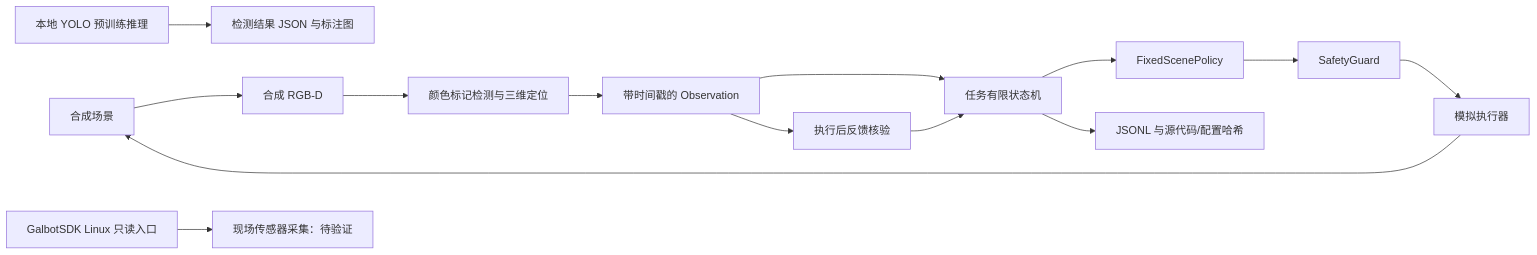
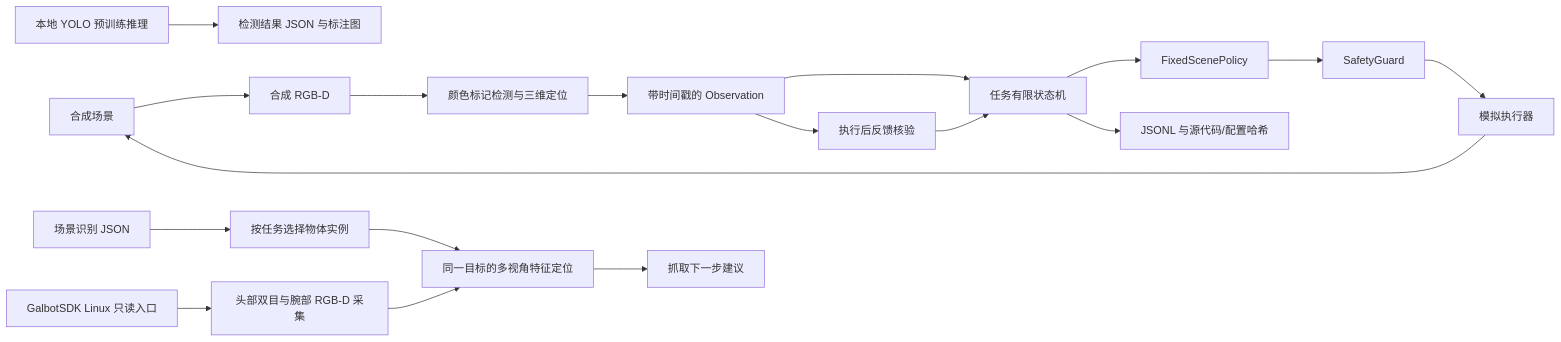
One commit to natsukou/penguin_kitchen changed the diagram in docs/architecture.md. Above: the diagram before and after it, drawn with Mermaid. The commit also changed other lines of this file and 73 other files, not shown here.

````diff
--- a/docs/architecture.md
+++ b/docs/architecture.md
@@ -3,16 +3,20 @@
 ```mermaid
 flowchart LR
   S[合成场景] --> R[合成 RGB-D]
   R --> V[颜色标记检测与三维定位]
   V --> O[带时间戳的 Observation]
   O --> D[任务有限状态机]
   D --> P[FixedScenePolicy]
   P --> G[SafetyGuard]
   G --> B[模拟执行器]
   B --> S
   O --> F[执行后反馈核验]
   F --> D
   D --> L[JSONL 与源代码/配置哈希]
   Y[本地 YOLO 预训练推理] --> YR[检测结果 JSON 与标注图]
-  SDK[GalbotSDK Linux 只读入口] --> C[现场传感器采集：待验证]
+  SDK[GalbotSDK Linux 只读入口] --> C[头部双目与腕部 RGB-D 采集]
+  J[场景识别 JSON] --> I[按任务选择物体实例]
+  I --> M[同一目标的多视角特征定位]
+  C --> M
+  M --> N[抓取下一步建议]
 ```
````
